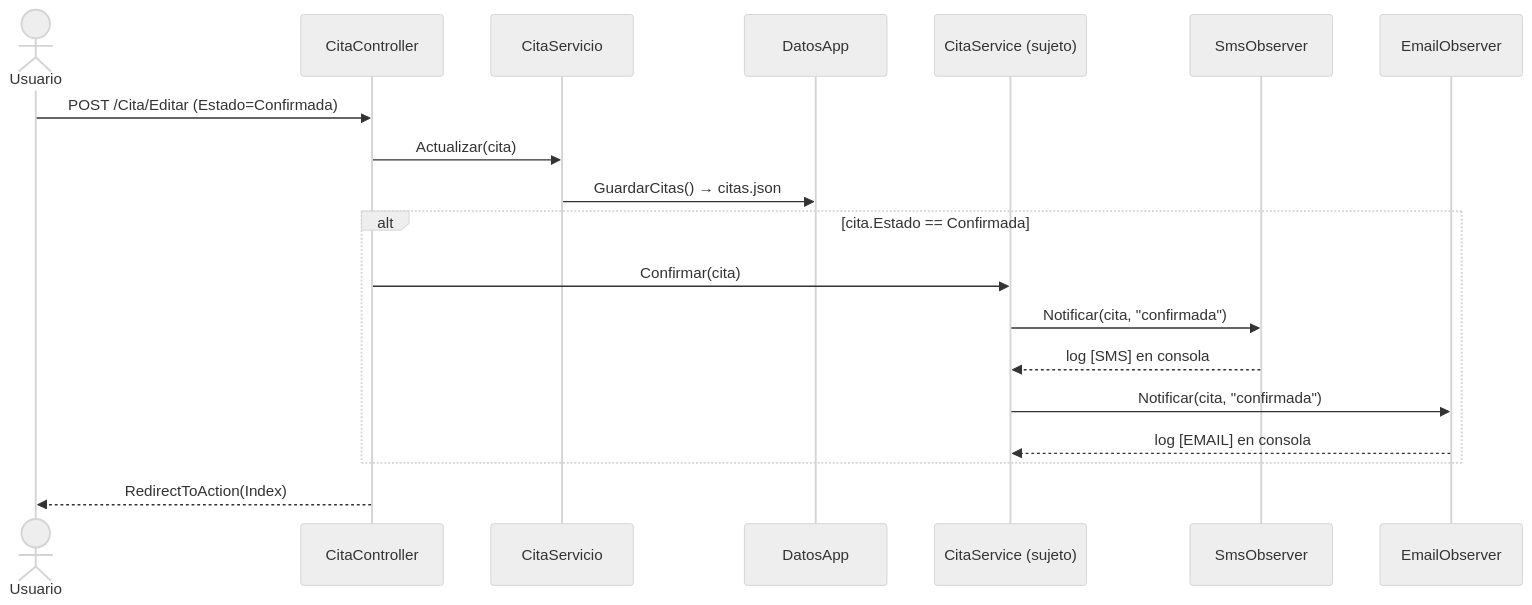
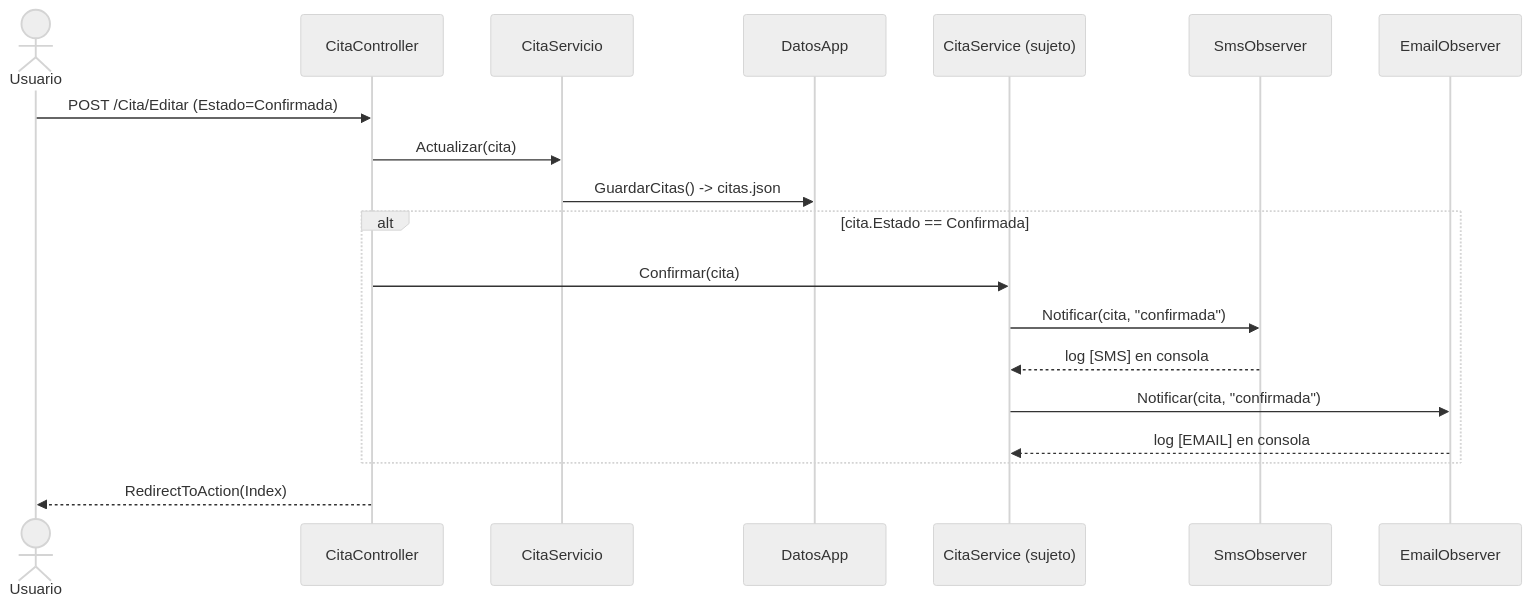
One commit to Cab5ter/ArqSoft-S05-LeonardoB changed the eighth of 8 diagrams in docs/DIAGRAMAS.md. Above: the diagram before and after it, drawn with Mermaid (neutral theme). The commit also changed other lines of this file and 1 other file, not shown here.

Commit message:
UPDATE docs/DIAGRAMAS.md: restructure diagrams around the C4 model (Context/Container/Component/Code)

````diff
--- a/docs/DIAGRAMAS.md
+++ b/docs/DIAGRAMAS.md
@@ -293,22 +331,22 @@
 ```mermaid
 sequenceDiagram
     actor U as Usuario
     participant CC as CitaController
     participant CS as CitaServicio
     participant DA as DatosApp
     participant Svc as CitaService (sujeto)
     participant Sms as SmsObserver
     participant Email as EmailObserver
 
     U->>CC: POST /Cita/Editar (Estado=Confirmada)
     CC->>CS: Actualizar(cita)
-    CS->>DA: GuardarCitas() → citas.json
+    CS->>DA: GuardarCitas() -> citas.json
     alt cita.Estado == Confirmada
         CC->>Svc: Confirmar(cita)
         Svc->>Sms: Notificar(cita, "confirmada")
         Sms-->>Svc: log [SMS] en consola
         Svc->>Email: Notificar(cita, "confirmada")
         Email-->>Svc: log [EMAIL] en consola
     end
     CC-->>U: RedirectToAction(Index)
 ```
````
